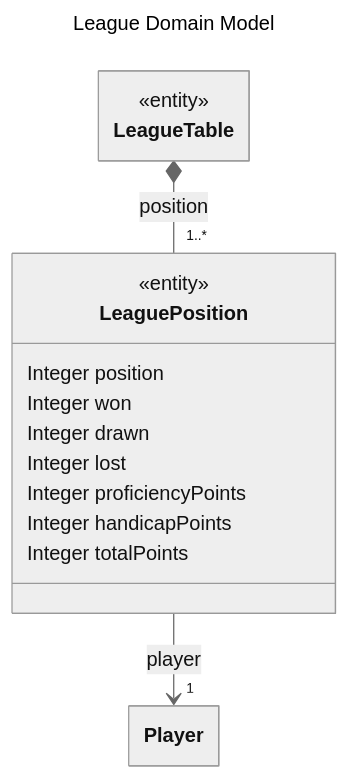
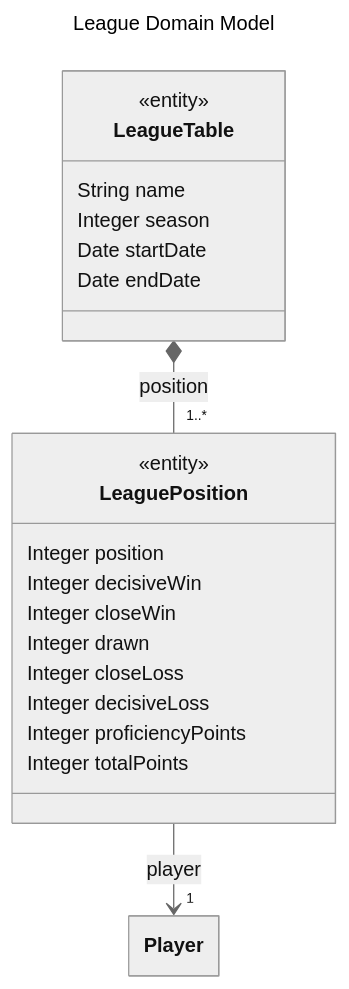
Before and after one commit to AdrianMiley/War-Games-League: the diagram in design/data/league.md, drawn with Mermaid (neutral theme). The commit also changed 1 other file, not shown here.

Commit message:
Updating Domain Data Model to align with League Rules and adding some validation rules

````diff
--- a/design/data/league.md
+++ b/design/data/league.md
@@ -9,26 +9,31 @@
 ```mermaid
 ---
   title: League Domain Model
   config:
     class:
       hideEmptyMembersBox: true
 ---
 classDiagram
 %%    namespace "league"
     class LeagueTable {
         <<entity>>
+        String name
+        Integer season
+        Date startDate
+        Date endDate
     }
 
     class LeaguePosition {
         <<entity>>
         Integer position
-        Integer won
+        Integer decisiveWin
+        Integer closeWin
         Integer drawn
-        Integer lost
+        Integer closeLoss
+        Integer decisiveLoss
         Integer proficiencyPoints
-        Integer handicapPoints
         Integer totalPoints
     }
     LeagueTable *-- "1..*" LeaguePosition : position
     LeaguePosition --> "1" Player : player
 ```
````
